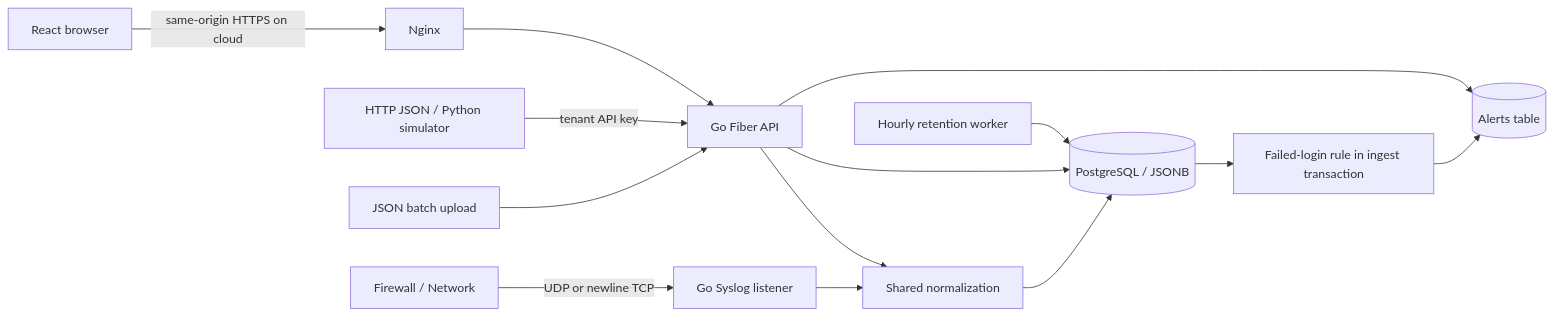
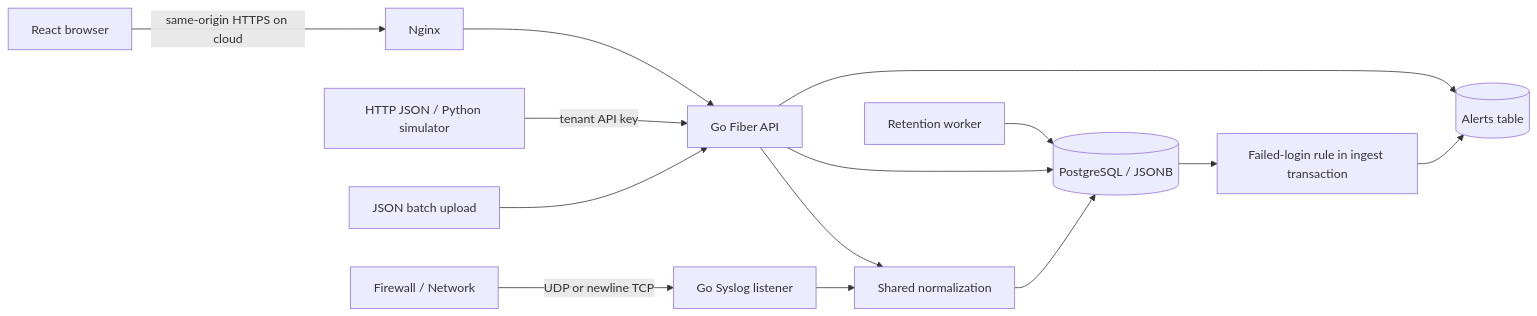
The diagram in docs/architecture.md (laziesv/LogManagement), drawn with Mermaid before and after one commit. The commit also changed other lines of this file and 42 other files, not shown here.

````diff
--- a/docs/architecture.md
+++ b/docs/architecture.md
@@ -3,16 +3,16 @@
 ```mermaid
 flowchart LR
   Browser[React browser] -->|same-origin HTTPS on cloud| Proxy[Nginx]
   Proxy --> API[Go Fiber API]
   JSON[HTTP JSON / Python simulator] -->|tenant API key| API
   Files[JSON batch upload] --> API
   Devices[Firewall / Network] -->|UDP or newline TCP| Collector[Go Syslog listener]
   API --> Normalize[Shared normalization]
   Collector --> Normalize
   Normalize --> DB[(PostgreSQL / JSONB)]
   DB --> Detect[Failed-login rule in ingest transaction]
   Detect --> Alerts[(Alerts table)]
   API --> DB
   API --> Alerts
-  Cleanup[Hourly retention worker] --> DB
+  Cleanup[Retention worker] --> DB
 ```
````
